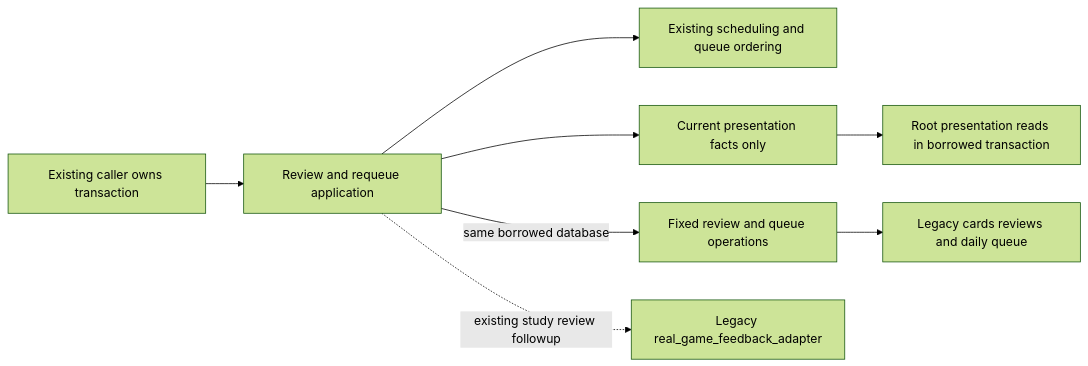
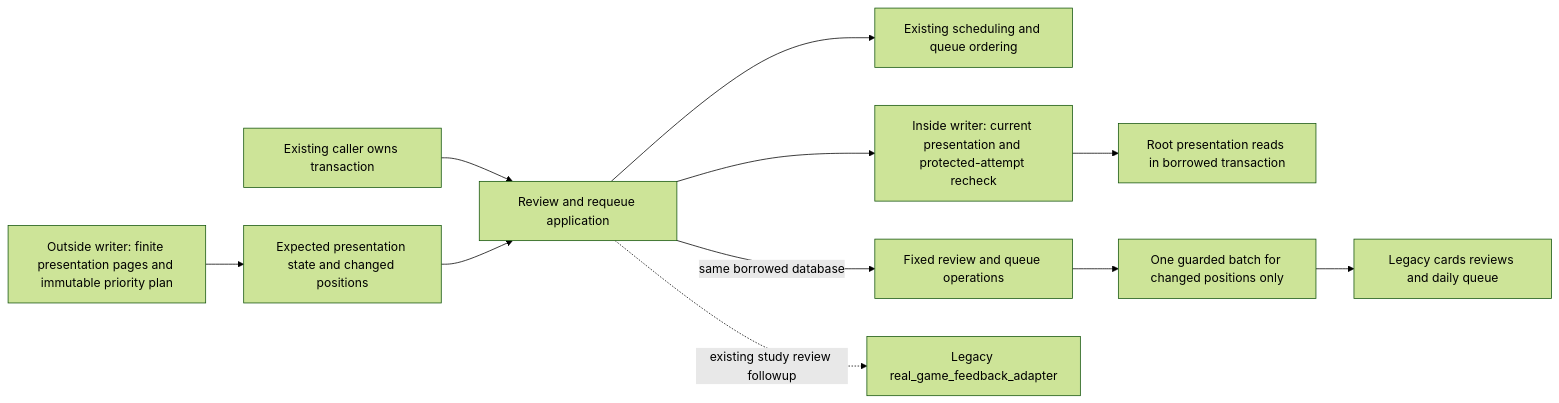
Before and after one commit to aaweaver-actuary/tempo: the diagram in database/tempo_legacy_database/adapters/study/review/README.md, drawn with Mermaid (forest theme). The commit also changed other lines of this file and 13 other files, not shown here.

Commit message:
fix(study): prepare scaled encounter priority before short writer

````diff
--- a/database/tempo_legacy_database/adapters/study/review/README.md
+++ b/database/tempo_legacy_database/adapters/study/review/README.md
@@ -8,10 +8,13 @@
 ```mermaid
 flowchart LR
   caller[Existing caller owns transaction] --> app[Review and requeue application]
   app --> policy[Existing scheduling and queue ordering]
-  app --> projection[Current presentation facts only]
+  prepare[Outside writer: finite presentation pages and immutable priority plan] --> plan[Expected presentation state and changed positions]
+  plan --> app
+  app --> projection[Inside writer: current presentation and protected-attempt recheck]
   projection --> facts[Root presentation reads in borrowed transaction]
   app -->|same borrowed database| storage[Fixed review and queue operations]
-  storage --> database[Legacy cards reviews and daily queue]
+  storage --> batch[One guarded batch for changed positions only]
+  batch --> database[Legacy cards reviews and daily queue]
   app -. existing study review followup .-> feedback[Legacy real_game_feedback_adapter]
 ```
````
